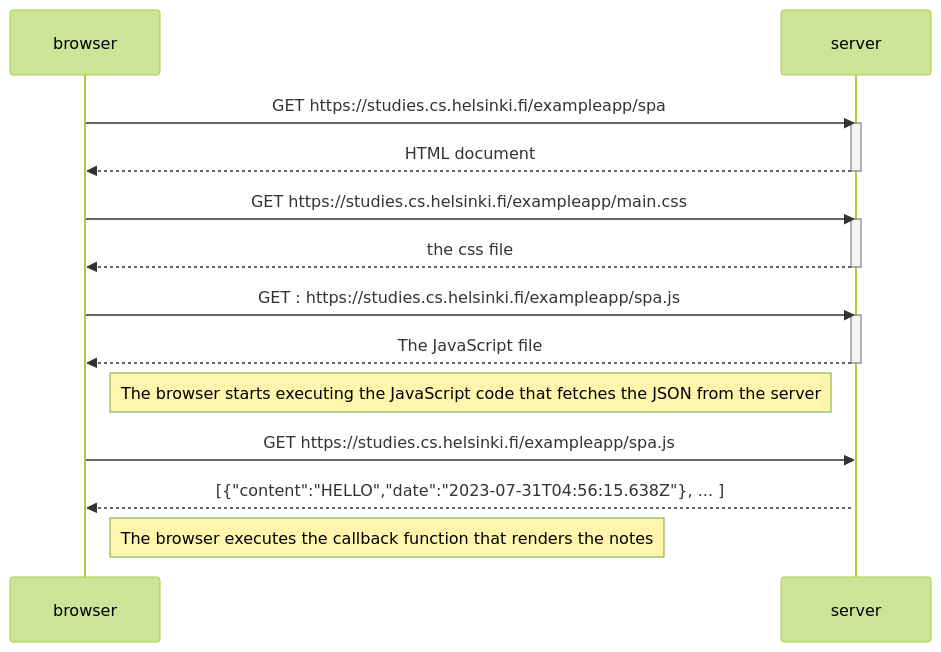
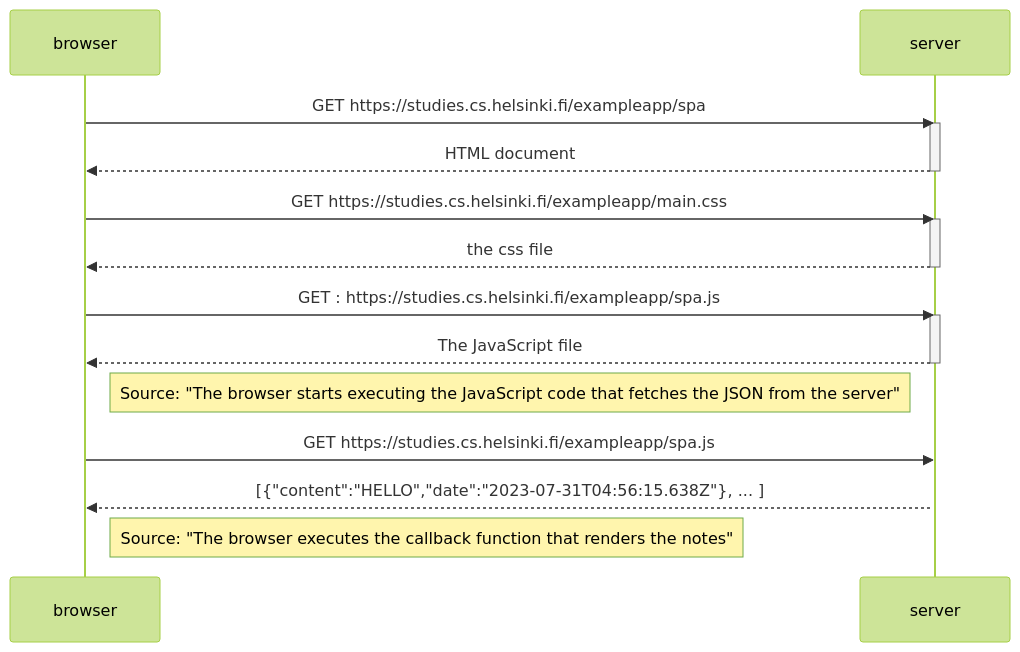
One commit to alelikak/fullstackopen changed the diagram in 05.md. Above: the diagram before and after it, drawn with Mermaid (forest theme).

````diff
--- a/05.md
+++ b/05.md
@@ -1,29 +1,29 @@
 ```mermaid
 sequenceDiagram
     participant browser
     participant server
     
     browser->>server: GET https://studies.cs.helsinki.fi/exampleapp/spa
     activate server
     server-->>browser: HTML document
     deactivate server
     
     browser->>server: GET https://studies.cs.helsinki.fi/exampleapp/main.css
     activate server
     server-->>browser: the css file
     deactivate server
     
     browser->>server: GET : https://studies.cs.helsinki.fi/exampleapp/spa.js
     activate server
     server-->>browser: The JavaScript file
     deactivate server    
 
-    Note right of browser: The browser starts executing the JavaScript code that fetches the JSON from the server
+    Note right of browser: Source: "The browser starts executing the JavaScript code that fetches the JSON from the server"
     
 
     browser->>server: GET https://studies.cs.helsinki.fi/exampleapp/spa.js
     activate server
     server-->>browser: [{"content":"HELLO","date":"2023-07-31T04:56:15.638Z"}, ... ]
     
-    Note right of browser: The browser executes the callback function that renders the notes
+    Note right of browser: Source: "The browser executes the callback function that renders the notes"
 ```
````
